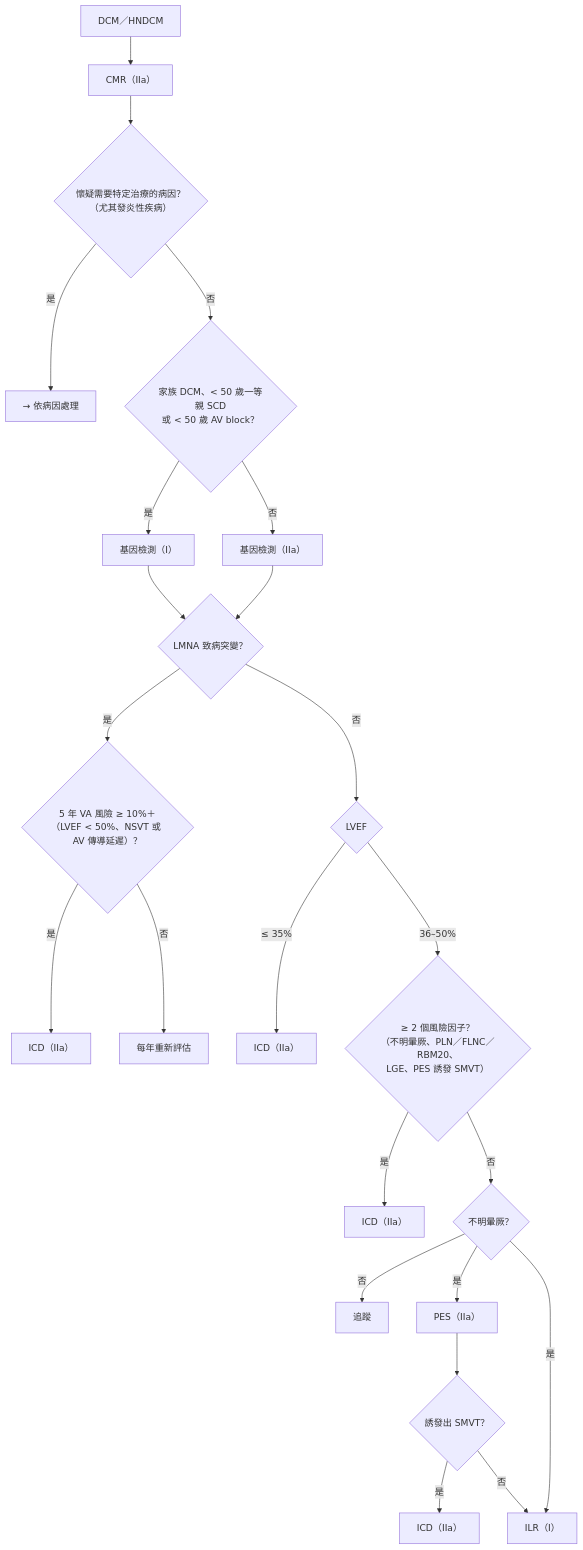
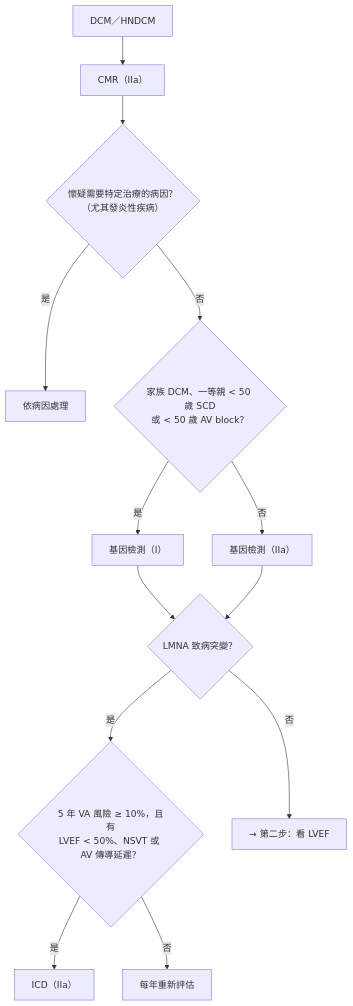
The first of 4 diagrams in content/cardiology/ventricular-arrhythmia-esc-2022/va22-4-cardiomyopathies.md (youngmd-notes/youngmd-notes.github.io), drawn with Mermaid before and after one commit. The commit also changed other lines of this file and 7 other files, not shown here.

First line of the commit message:
VA 筆記呈現改進：大流程圖拆段、AAD 表改卡片、重點分層、加 danger 提示；新增 lidocaine 與 amiodarone pump 選擇

````diff
--- a/content/cardiology/ventricular-arrhythmia-esc-2022/va22-4-cardiomyopathies.md
+++ b/content/cardiology/ventricular-arrhythmia-esc-2022/va22-4-cardiomyopathies.md
@@ -81,24 +100,15 @@
 ```mermaid
 flowchart TD
     A["DCM／HNDCM"] --> B["CMR（IIa）"]
     B --> C{"懷疑需要特定治療的病因？<br/>（尤其發炎性疾病）"}
-    C -->|是| C1["→ 依病因處理"]
-    C -->|否| D{"家族 DCM、< 50 歲一等親 SCD<br/>或 < 50 歲 AV block？"}
+    C -->|是| C1["依病因處理"]
+    C -->|否| D{"家族 DCM、一等親 < 50 歲 SCD<br/>或 < 50 歲 AV block？"}
     D -->|是| E["基因檢測（I）"]
     D -->|否| E2["基因檢測（IIa）"]
     E --> F{"LMNA 致病突變？"}
     E2 --> F
-    F -->|是| G{"5 年 VA 風險 ≥ 10%＋<br/>（LVEF < 50%、NSVT 或 AV 傳導延遲）？"}
+    F -->|是| G{"5 年 VA 風險 ≥ 10%，且有<br/>LVEF < 50%、NSVT 或 AV 傳導延遲？"}
     G -->|是| G1["ICD（IIa）"]
     G -->|否| G2["每年重新評估"]
-    F -->|否| H{"LVEF"}
-    H -->|"≤ 35%"| H1["ICD（IIa）"]
-    H -->|"36–50%"| I{"≥ 2 個風險因子？<br/>（不明暈厥、PLN／FLNC／RBM20、<br/>LGE、PES 誘發 SMVT）"}
-    I -->|是| I1["ICD（IIa）"]
-    I -->|否| J{"不明暈厥？"}
-    J -->|否| J1["追蹤"]
-    J -->|是| K["PES（IIa）"] --> K1{"誘發出 SMVT？"}
-    K1 -->|是| K2["ICD（IIa）"]
-    K1 -->|否| L["ILR（I）"]
-    J -->|是| L
+    F -->|否| H["→ 第二步：看 LVEF"]
 ```
````
